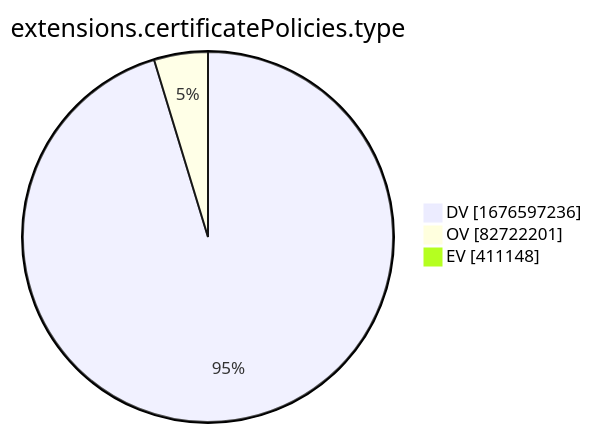
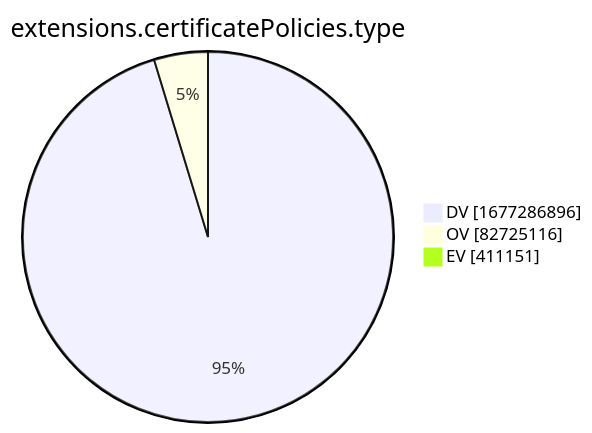
Before and after one commit to christiankrug/ctmonitor_visualization: the tenth of 15 diagrams in xenon2022/README.md, drawn with Mermaid. The commit also changed other lines of this file, not shown here.

````diff
--- a/xenon2022/README.md
+++ b/xenon2022/README.md
@@ -2880,7 +2881,7 @@
 ```mermaid
 pie showData
 title extensions.certificatePolicies.type
-"DV" :1676597236
-"OV" :82722201
-"EV" :411148
+"DV" :1677286896
+"OV" :82725116
+"EV" :411151
 ```
````
